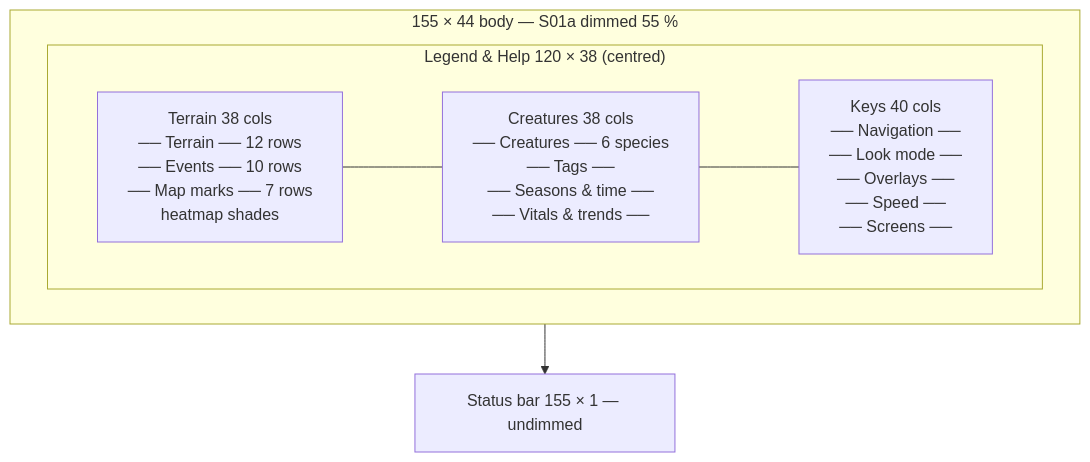
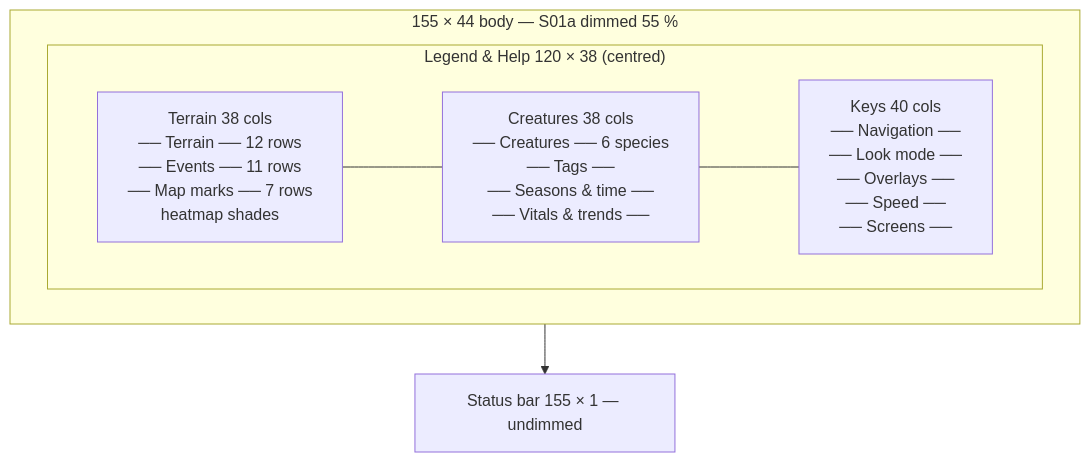
The diagram in docs/screens/s11-legend-help.md (sbayer55/sim-fortress), drawn with Mermaid before and after one commit. The commit also changed other lines of this file and 43 other files, not shown here.

````diff
--- a/docs/screens/s11-legend-help.md
+++ b/docs/screens/s11-legend-help.md
@@ -35,14 +35,14 @@
 ```mermaid
 flowchart TB
     subgraph body["155 × 44 body — S01a dimmed 55 %"]
         subgraph modal["Legend & Help  120 × 38 (centred)"]
             direction LR
-            c1["Terrain 38 cols<br/>── Terrain ── 12 rows<br/>── Events ── 10 rows<br/>── Map marks ── 7 rows<br/>heatmap shades"]
+            c1["Terrain 38 cols<br/>── Terrain ── 12 rows<br/>── Events ── 11 rows<br/>── Map marks ── 7 rows<br/>heatmap shades"]
             c2["Creatures 38 cols<br/>── Creatures ── 6 species<br/>── Tags ──<br/>── Seasons & time ──<br/>── Vitals & trends ──"]
             c3["Keys 40 cols<br/>── Navigation ──<br/>── Look mode ──<br/>── Overlays ──<br/>── Speed ──<br/>── Screens ──"]
             c1 --- c2 --- c3
         end
     end
     status["Status bar 155 × 1 — undimmed"]
     body --> status
 ```
````
